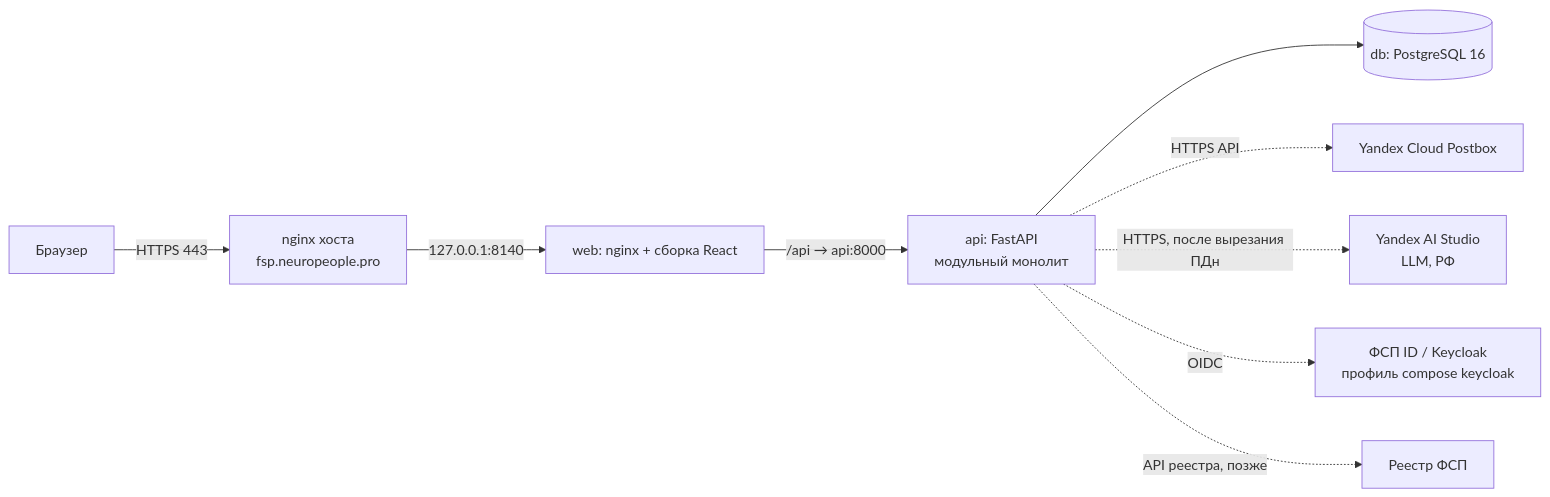
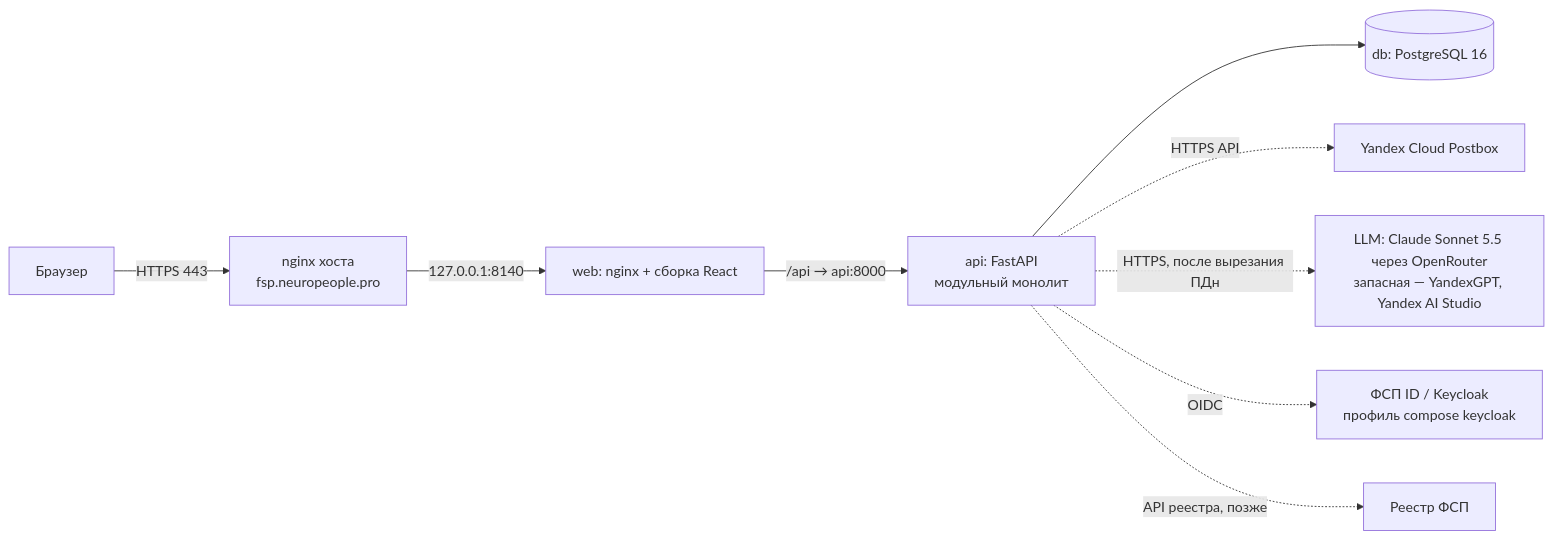
One commit to neuropeopleteam-afk/draft changed the second of 4 diagrams in docs/ARCHITECTURE.md. Above: the diagram before and after it, drawn with Mermaid. The commit also changed other lines of this file and 4 other files, not shown here.

````diff
--- a/docs/ARCHITECTURE.md
+++ b/docs/ARCHITECTURE.md
@@ -74,11 +74,11 @@
 ```mermaid
 flowchart LR
   B[Браузер] -->|HTTPS 443| N[nginx хоста\nfsp.neuropeople.pro]
   N -->|127.0.0.1:8140| W[web: nginx + сборка React]
   W -->|/api → api:8000| A[api: FastAPI\nмодульный монолит]
   A --> D[(db: PostgreSQL 16)]
   A -.->|HTTPS API| M[Yandex Cloud Postbox]
-  A -.->|HTTPS, после вырезания ПДн| L[Yandex AI Studio\nLLM, РФ]
+  A -.->|HTTPS, после вырезания ПДн| L[LLM: Claude Sonnet 5.5 через OpenRouter\nзапасная — YandexGPT, Yandex AI Studio]
   A -.->|OIDC| K[ФСП ID / Keycloak\nпрофиль compose keycloak]
   A -.->|API реестра, позже| R[Реестр ФСП]
 ```
````
